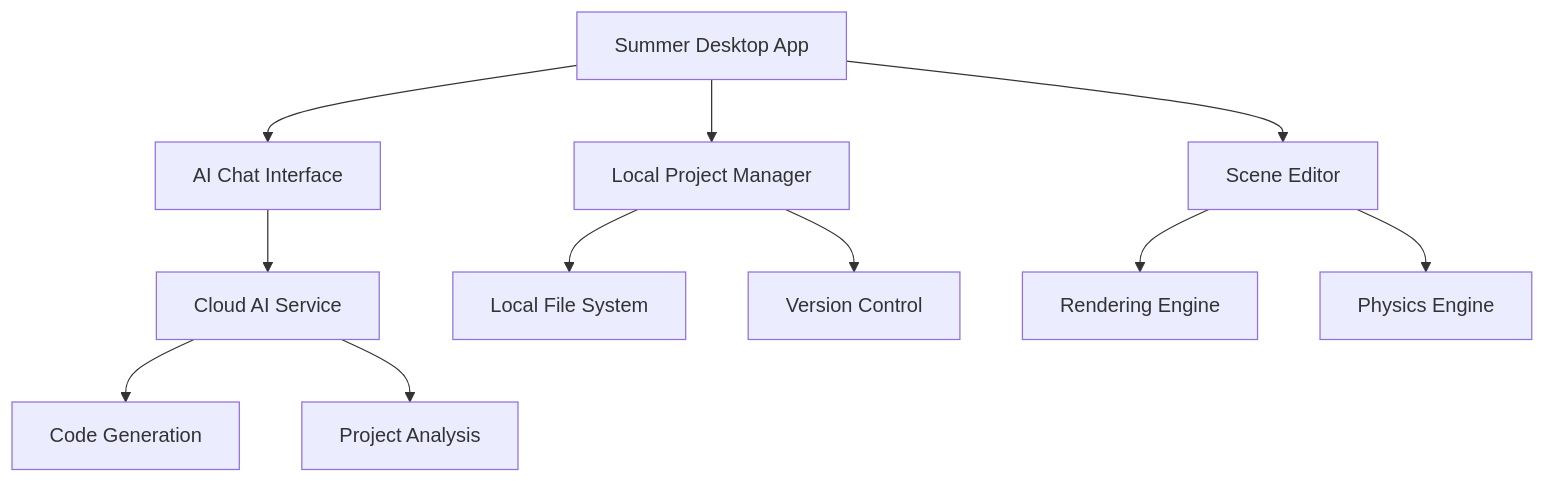
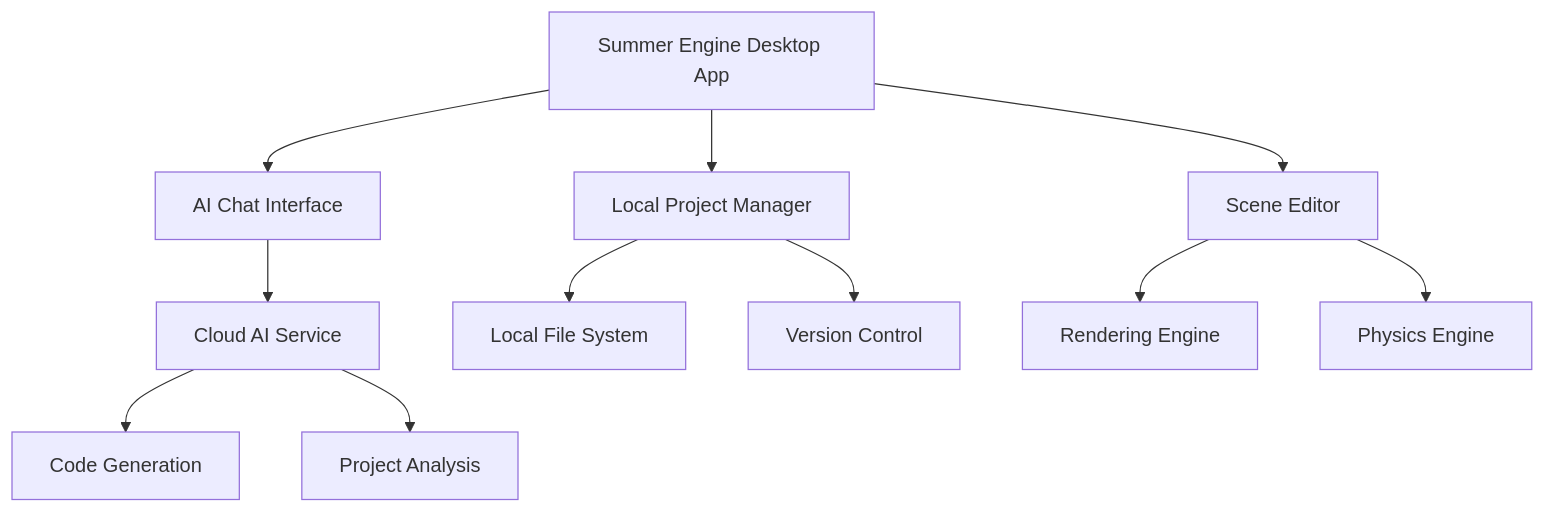
The diagram in development/architecture.mdx (SummerEngine/docs), drawn with Mermaid before and after one commit. The commit also changed other lines of this file and 55 other files, not shown here.

Commit message:
Update quickstart documentation to consistently refer to "Summer Engine" instead of "Summer" across multiple files, enhancing clarity and user understanding of the AI game development process. Adjust steps and descriptions to reflect the new terminology.

````diff
--- a/development/architecture.mdx
+++ b/development/architecture.mdx
@@ -11,16 +11,16 @@
 ```mermaid
 graph TB
-    A[Summer Desktop App] --> B[Local Project Manager]
+    A[Summer Engine Desktop App] --> B[Local Project Manager]
     A --> C[AI Chat Interface]
     A --> D[Scene Editor]
     
     C --> E[Cloud AI Service]
     E --> F[Code Generation]
     E --> G[Project Analysis]
     
     B --> H[Local File System]
     B --> I[Version Control]
     
     D --> J[Rendering Engine]
     D --> K[Physics Engine]
 ```
````
